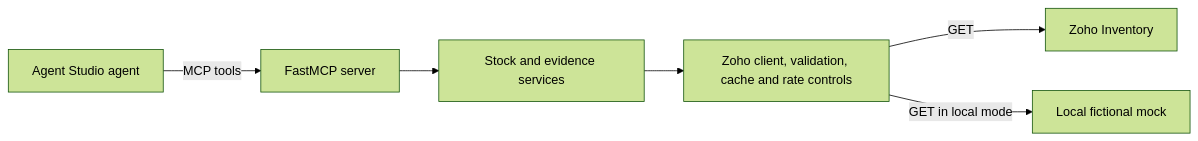
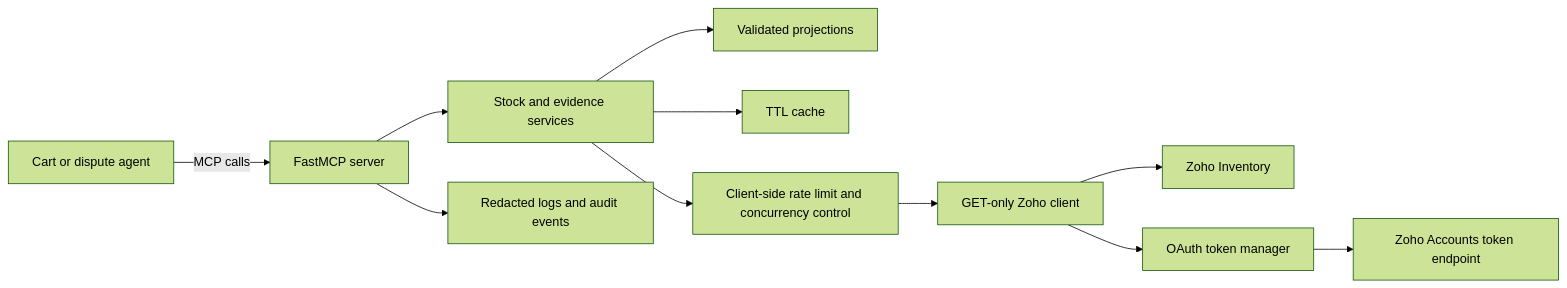
One commit to somuai/razorpay-agent-studio-zoho-connector changed the diagram in README.md. Above: the diagram before and after it, drawn with Mermaid (forest theme). The commit also changed other lines of this file and 18 other files, not shown here.

````diff
--- a/README.md
+++ b/README.md
@@ -59,8 +93,13 @@
 ```mermaid
 flowchart LR
-  A[Agent Studio agent] -->|MCP tools| M[FastMCP server]
+  A[Cart or dispute agent] -->|MCP calls| M[FastMCP server]
   M --> S[Stock and evidence services]
-  S --> C[Zoho client, validation, cache and rate controls]
-  C -->|GET| Z[Zoho Inventory]
-  C -->|GET in local mode| F[Local fictional mock]
+  S --> P[Validated projections]
+  S --> K[TTL cache]
+  S --> L[Client-side rate limit and concurrency control]
+  L --> C[GET-only Zoho client]
+  C --> Z[Zoho Inventory]
+  C --> O[OAuth token manager]
+  O --> Q[Zoho Accounts token endpoint]
+  M --> R[Redacted logs and audit events]
 ```
````
